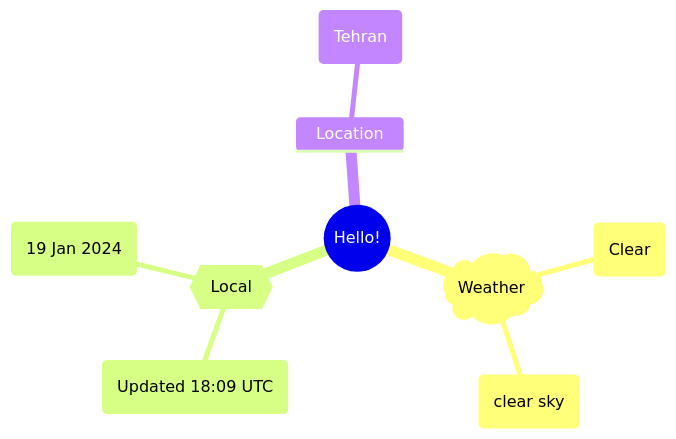
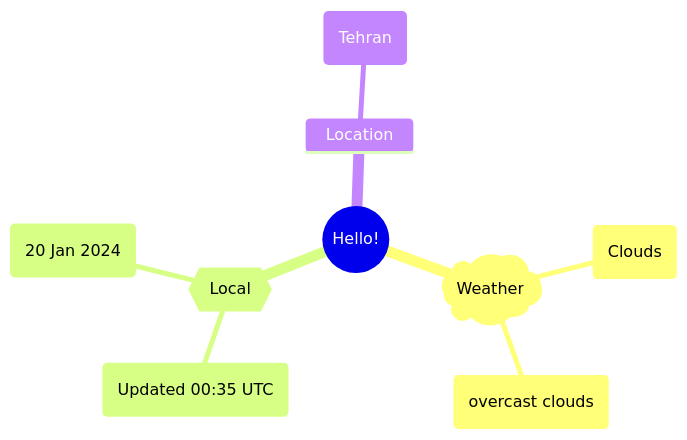
The first of 2 diagrams in README.md (Xosrov/Xosrov), drawn with Mermaid before and after one commit.

Commit message:
[bot] updated images

````diff
--- a/README.md
+++ b/README.md
@@ -3,12 +3,12 @@
 ```mermaid
 mindmap
   root((Hello!))
     )Weather(
-        (Clear)
-        (clear sky)
+        (Clouds)
+        (overcast clouds)
     {{Local}}
-        (Updated 18:09 UTC)
-        (19 Jan 2024)
+        (Updated 00:35 UTC)
+        (20 Jan 2024)
     Location
         (Tehran)
 ```
````
